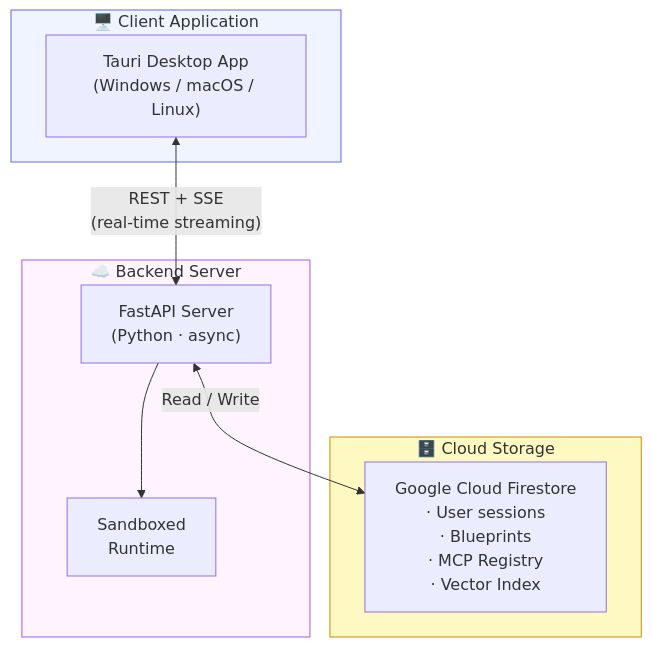
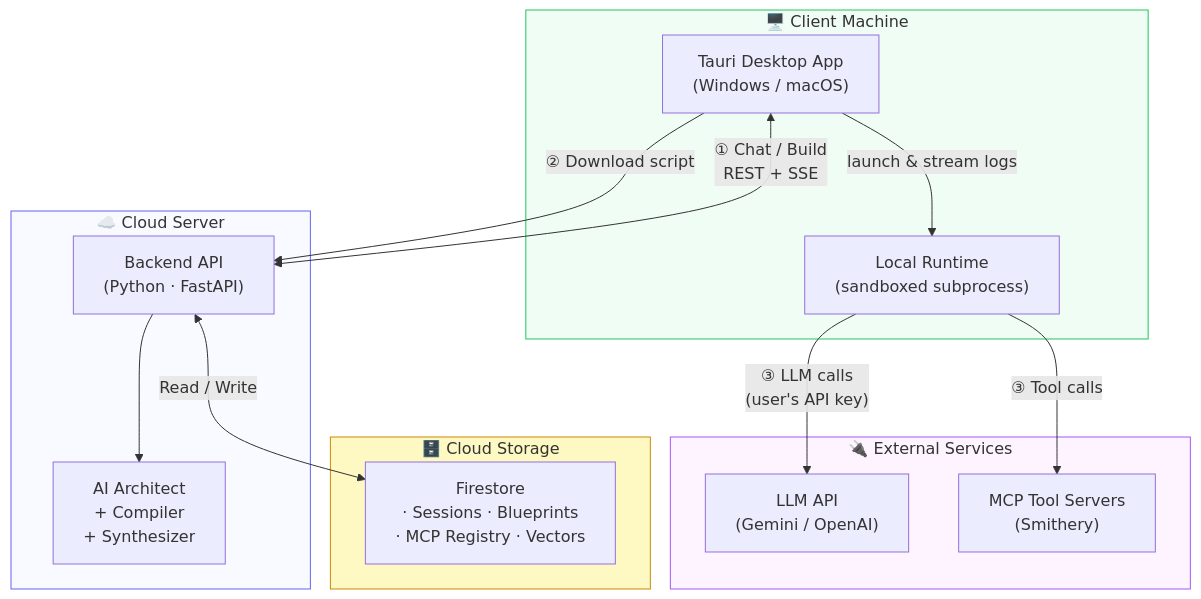
One commit to whitebearhands/hierarch_public changed diagram 11 of 12 in README.md. Above: the diagram before and after it, drawn with Mermaid. The commit also changed other lines of this file, not shown here.

````diff
--- a/README.md
+++ b/README.md
@@ -278,23 +292,34 @@
 ```mermaid
 flowchart TB
-    subgraph Client["🖥️ Client Application"]
-        APP["Tauri Desktop App\n(Windows / macOS / Linux)"]
+    subgraph CLIENT["🖥️ Client Machine"]
+        APP["Tauri Desktop App\n(Windows / macOS)"]
+        RT["Local Runtime\n(sandboxed subprocess)"]
+        APP -->|"launch & stream logs"| RT
     end
 
-    subgraph Server["☁️ Backend Server"]
-        API["FastAPI Server\n(Python · async)"]
-        RT["Sandboxed\nRuntime"]
-        API --> RT
+    subgraph SERVER["☁️ Cloud Server"]
+        API["Backend API\n(Python · FastAPI)"]
+        SYNTH["AI Architect\n+ Compiler\n+ Synthesizer"]
+        API --> SYNTH
     end
 
-    subgraph Storage["🗄️ Cloud Storage"]
-        FS["Google Cloud Firestore\n· User sessions\n· Blueprints\n· MCP Registry\n· Vector Index"]
+    subgraph STORE["🗄️ Cloud Storage"]
+        FS["Firestore\n· Sessions · Blueprints\n· MCP Registry · Vectors"]
     end
 
-    APP <-->|"REST + SSE\n(real-time streaming)"| API
+    subgraph TOOLS["🔌 External Services"]
+        LLM["LLM API\n(Gemini / OpenAI)"]
+        MCP["MCP Tool Servers\n(Smithery)"]
+    end
+
+    APP <-->|"① Chat / Build\nREST + SSE"| API
     API <-->|"Read / Write"| FS
+    APP -->|"② Download script"| API
+    RT -->|"③ LLM calls\n(user's API key)"| LLM
+    RT -->|"③ Tool calls"| MCP
 
-    style Client fill:#f0f4ff,stroke:#6366f1
-    style Server fill:#fdf4ff,stroke:#a855f7
-    style Storage fill:#fef9c3,stroke:#ca8a04
+    style CLIENT fill:#f0fdf4,stroke:#22c55e
+    style SERVER fill:#f8faff,stroke:#6366f1
+    style STORE fill:#fef9c3,stroke:#ca8a04
+    style TOOLS fill:#fdf4ff,stroke:#a855f7
 ```
````
